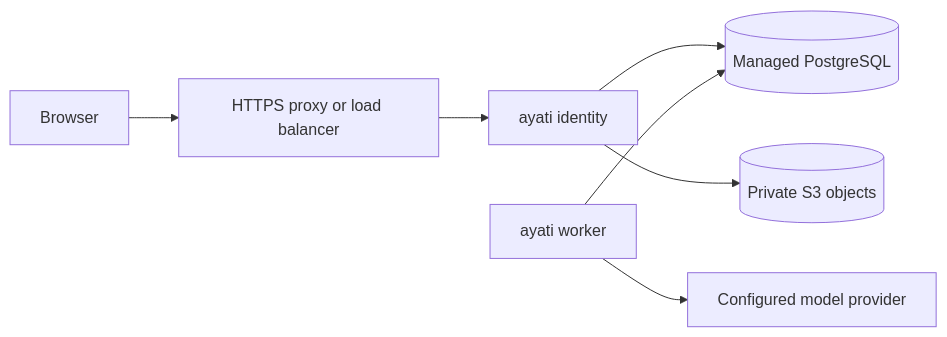
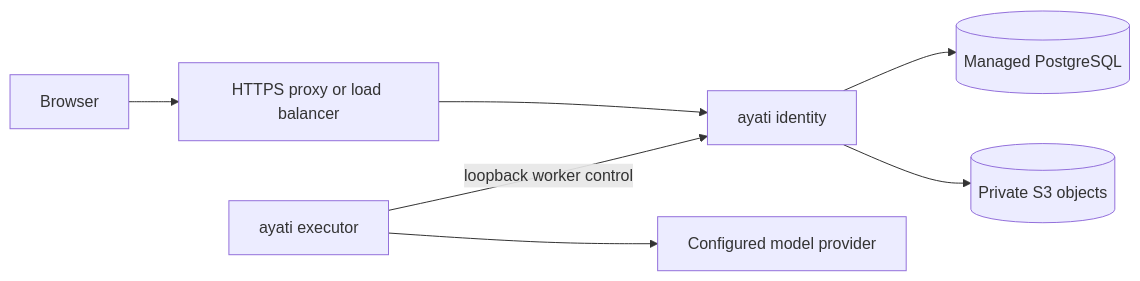
The diagram in runtime/hosted-deployment.md (Saieshwar5/ayati-v1), drawn with Mermaid before and after one commit. The commit also changed other lines of this file and 71 other files, not shown here.

````diff
--- a/runtime/hosted-deployment.md
+++ b/runtime/hosted-deployment.md
@@ -18,9 +18,9 @@
 ```mermaid
 flowchart LR
   Browser --> TLS[HTTPS proxy or load balancer]
   TLS --> API[ayati identity]
   API --> PG[(Managed PostgreSQL)]
-  Worker[ayati worker] --> PG
-  Worker --> Model[Configured model provider]
+  Executor[ayati executor] -->|loopback worker control| API
+  Executor --> Model[Configured model provider]
   API --> Objects[(Private S3 objects)]
 ```
````
